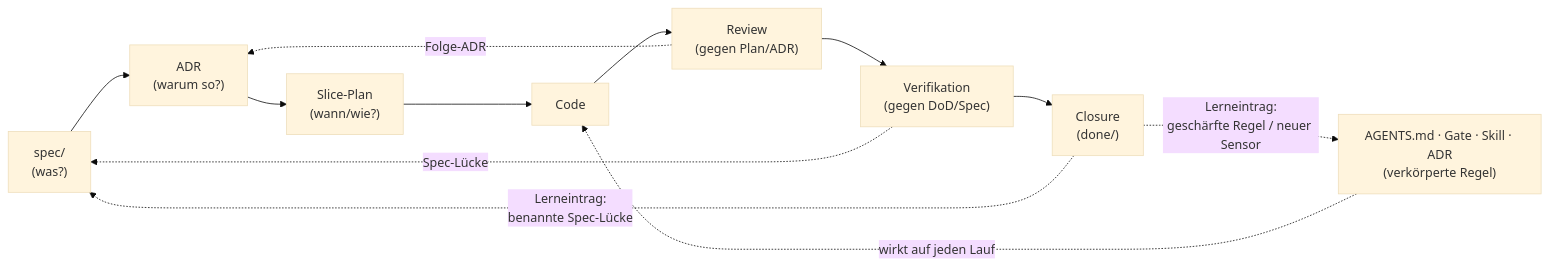
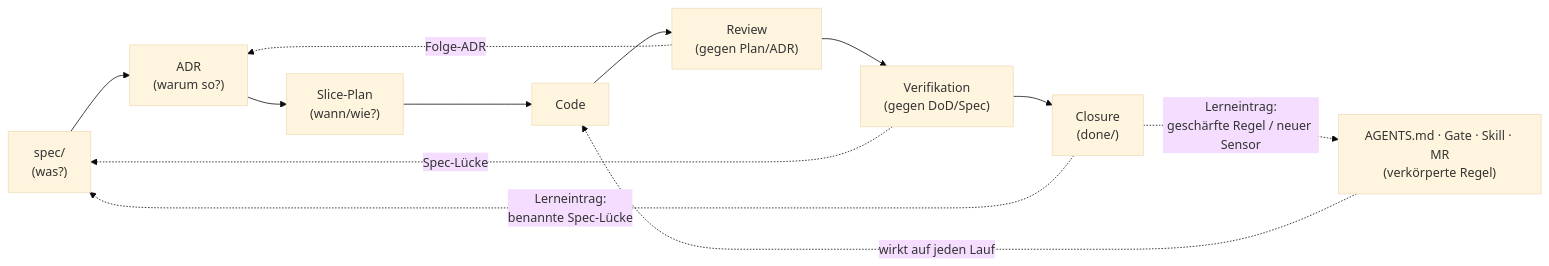
The diagram in kurs/de/01-spec-und-architektur/modul-01-entwicklungszyklus.md (pt9912/ai-harness-course), drawn with Mermaid (base theme) before and after one commit. The commit also changed 7 other files, not shown here.

````diff
--- a/kurs/de/01-spec-und-architektur/modul-01-entwicklungszyklus.md
+++ b/kurs/de/01-spec-und-architektur/modul-01-entwicklungszyklus.md
@@ -71,15 +71,15 @@
 ```mermaid
 flowchart LR
     Spec["spec/<br/>(was?)"] --> ADR["ADR<br/>(warum so?)"]
     ADR --> Plan["Slice-Plan<br/>(wann/wie?)"]
     Plan --> Code["Code"]
     Code --> Review["Review<br/>(gegen Plan/ADR)"]
     Review --> Verify["Verifikation<br/>(gegen DoD/Spec)"]
     Verify --> Closure["Closure<br/>(done/)"]
-    Harness["AGENTS.md · Gate · Skill · ADR<br/>(verkörperte Regel)"]
+    Harness["AGENTS.md · Gate · Skill · MR<br/>(verkörperte Regel)"]
     Closure -. "Lerneintrag:<br/>geschärfte Regel / neuer Sensor" .-> Harness
     Closure -. "Lerneintrag:<br/>benannte Spec-Lücke" .-> Spec
     Harness -. "wirkt auf jeden Lauf" .-> Code
     Review -. Folge-ADR .-> ADR
     Verify -. Spec-Lücke .-> Spec
 ```
````
